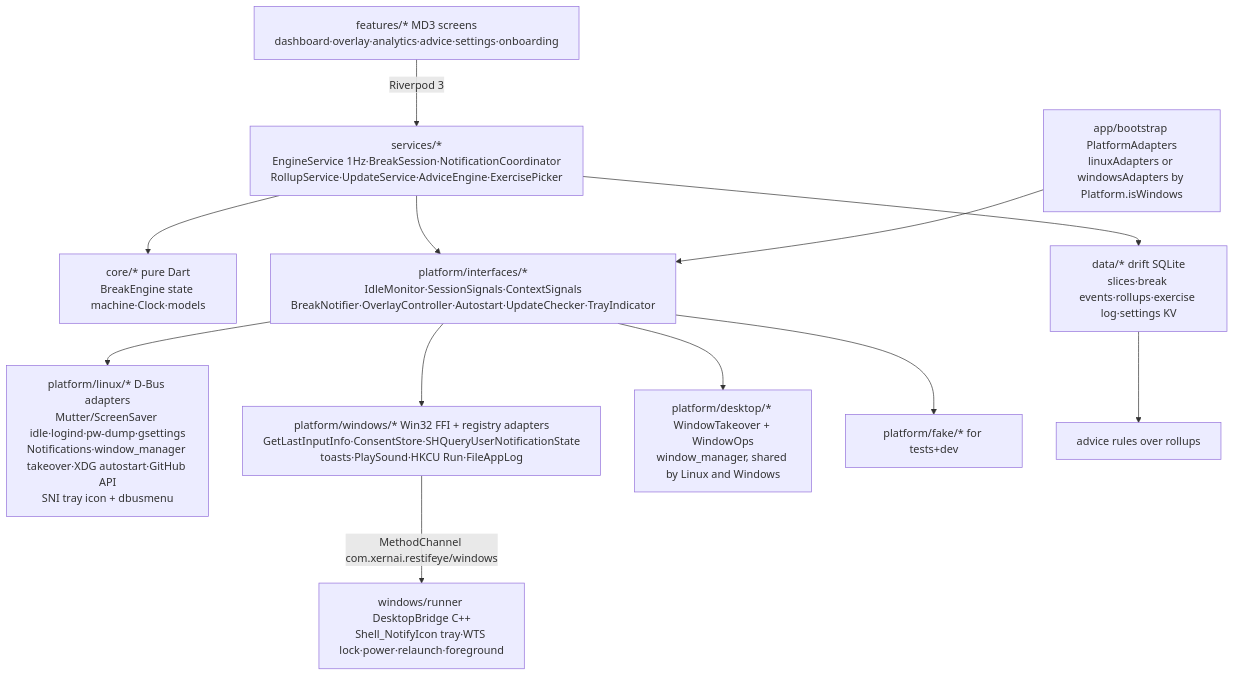
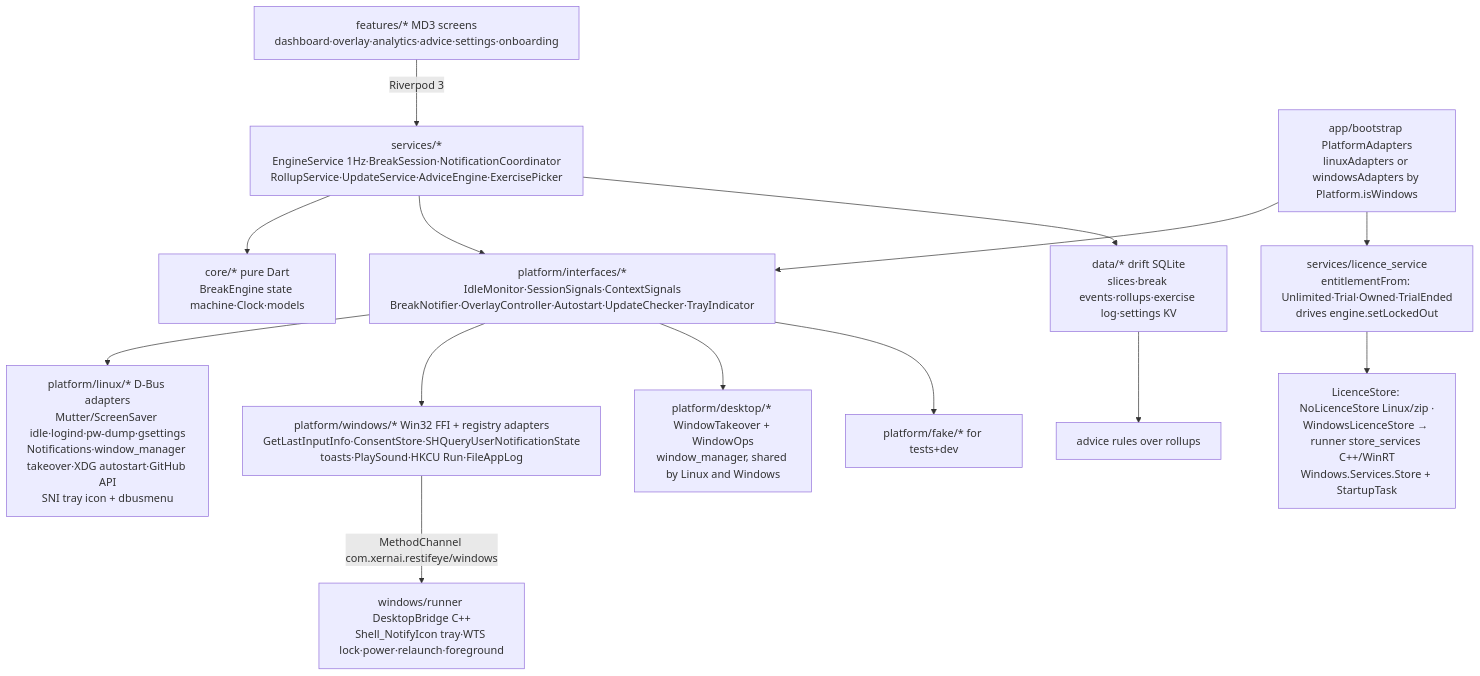
The diagram in docs/knowledge_graph.md (Xern-AI/RestifEye), drawn with Mermaid before and after one commit. The commit also changed other lines of this file and 1 other file, not shown here.

Commit message:
docs: Microsoft Store build in the knowledge graph and capability sheet

````diff
--- a/docs/knowledge_graph.md
+++ b/docs/knowledge_graph.md
@@ -7,15 +7,17 @@
 ```mermaid
 graph TD
     UI[features/* MD3 screens<br/>dashboard·overlay·analytics·advice·settings·onboarding] -->|Riverpod 3| SVC
     SVC[services/*<br/>EngineService 1Hz·BreakSession·NotificationCoordinator<br/>RollupService·UpdateService·AdviceEngine·ExercisePicker] --> CORE
     CORE[core/* pure Dart<br/>BreakEngine state machine·Clock·models] 
     SVC --> PLAT[platform/interfaces/*<br/>IdleMonitor·SessionSignals·ContextSignals<br/>BreakNotifier·OverlayController·Autostart·UpdateChecker·TrayIndicator]
     PLAT --> LINUX[platform/linux/* D-Bus adapters<br/>Mutter/ScreenSaver idle·logind·pw-dump·gsettings<br/>Notifications·window_manager takeover·XDG autostart·GitHub API<br/>SNI tray icon + dbusmenu]
     PLAT --> WIN[platform/windows/* Win32 FFI + registry adapters<br/>GetLastInputInfo·ConsentStore·SHQueryUserNotificationState<br/>toasts·PlaySound·HKCU Run·FileAppLog]
     WIN -->|MethodChannel com.xernai.restifeye/windows| RUNNER[windows/runner DesktopBridge C++<br/>Shell_NotifyIcon tray·WTS lock·power·relaunch·foreground]
     PLAT --> DESK[platform/desktop/* WindowTakeover + WindowOps<br/>window_manager, shared by Linux and Windows]
     PLAT --> FAKE[platform/fake/* for tests+dev]
     BOOT[app/bootstrap PlatformAdapters<br/>linuxAdapters or windowsAdapters by Platform.isWindows] --> PLAT
+    BOOT --> LIC[services/licence_service<br/>entitlementFrom: Unlimited·Trial·Owned·TrialEnded<br/>drives engine.setLockedOut]
+    LIC --> STORE[LicenceStore: NoLicenceStore Linux/zip ·<br/>WindowsLicenceStore → runner store_services C++/WinRT<br/>Windows.Services.Store + StartupTask]
     SVC --> DATA[data/* drift SQLite<br/>slices·break events·rollups·exercise log·settings KV]
     DATA --> ADVICE[advice rules over rollups]
 ```
````
